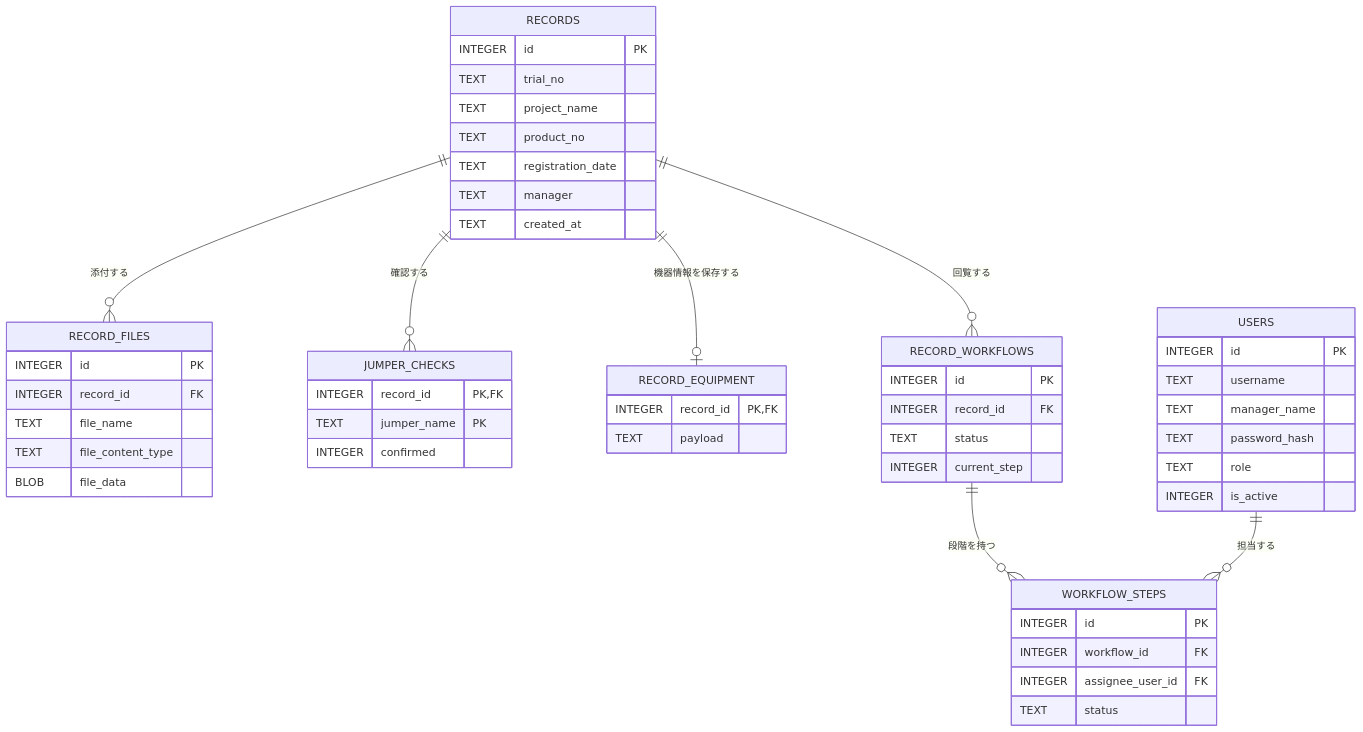
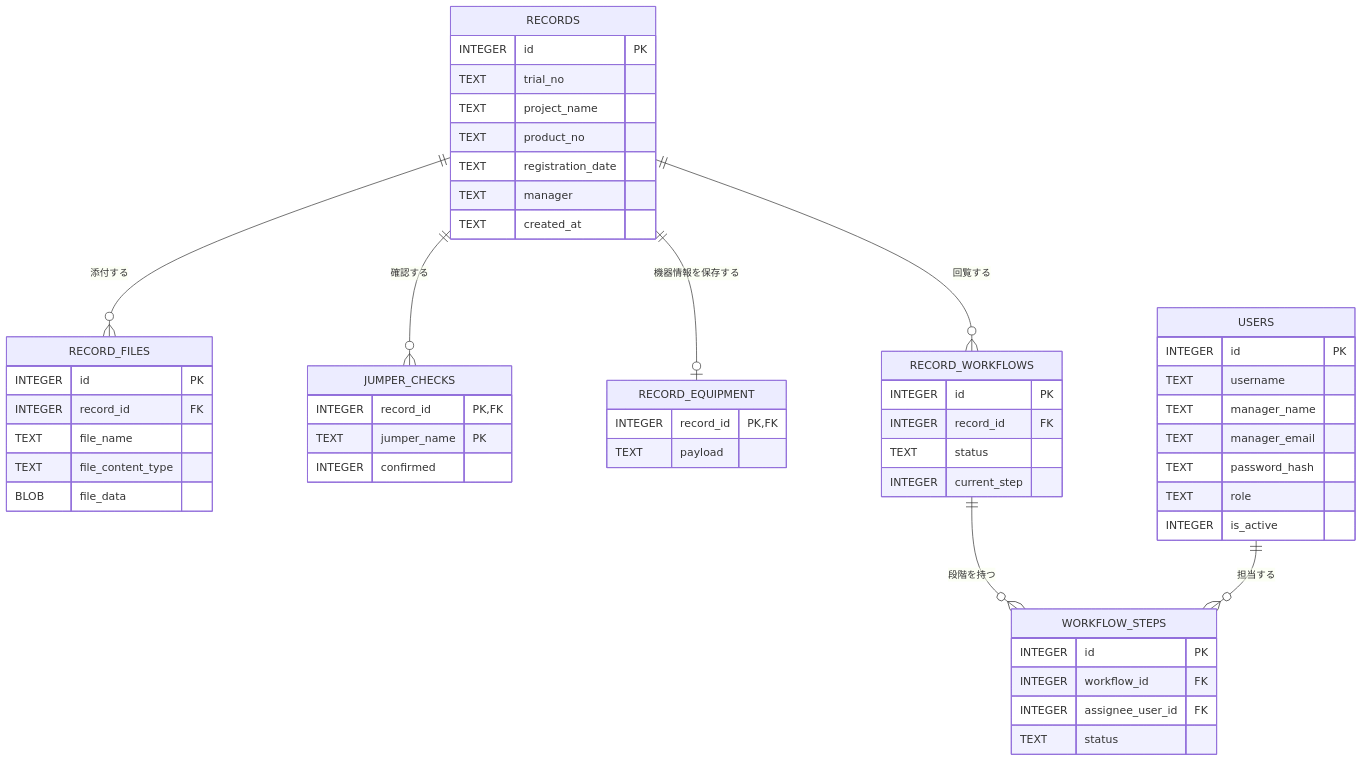
One commit to osamu3yamazaki0801-collab/TestRecordSystem changed the third of 4 diagrams in docs/設計書.md. Above: the diagram before and after it, drawn with Mermaid. The commit also changed other lines of this file and 10 other files, not shown here.

````diff
--- a/docs/設計書.md
+++ b/docs/設計書.md
@@ -231,54 +231,55 @@
 ```mermaid
 erDiagram
     RECORDS {
         INTEGER id PK
         TEXT trial_no
         TEXT project_name
         TEXT product_no
         TEXT registration_date
         TEXT manager
         TEXT created_at
     }
     RECORD_FILES {
         INTEGER id PK
         INTEGER record_id FK
         TEXT file_name
         TEXT file_content_type
         BLOB file_data
     }
     JUMPER_CHECKS {
         INTEGER record_id PK, FK
         TEXT jumper_name PK
         INTEGER confirmed
     }
     RECORD_EQUIPMENT {
         INTEGER record_id PK, FK
         TEXT payload
     }
     USERS {
         INTEGER id PK
         TEXT username
         TEXT manager_name
+        TEXT manager_email
         TEXT password_hash
         TEXT role
         INTEGER is_active
     }
     RECORD_WORKFLOWS {
         INTEGER id PK
         INTEGER record_id FK
         TEXT status
         INTEGER current_step
     }
     WORKFLOW_STEPS {
         INTEGER id PK
         INTEGER workflow_id FK
         INTEGER assignee_user_id FK
         TEXT status
     }
     RECORDS ||--o{ RECORD_FILES : "添付する"
     RECORDS ||--o{ JUMPER_CHECKS : "確認する"
     RECORDS ||--o| RECORD_EQUIPMENT : "機器情報を保存する"
     RECORDS ||--o{ RECORD_WORKFLOWS : "回覧する"
     RECORD_WORKFLOWS ||--o{ WORKFLOW_STEPS : "段階を持つ"
     USERS ||--o{ WORKFLOW_STEPS : "担当する"
 ```
````
